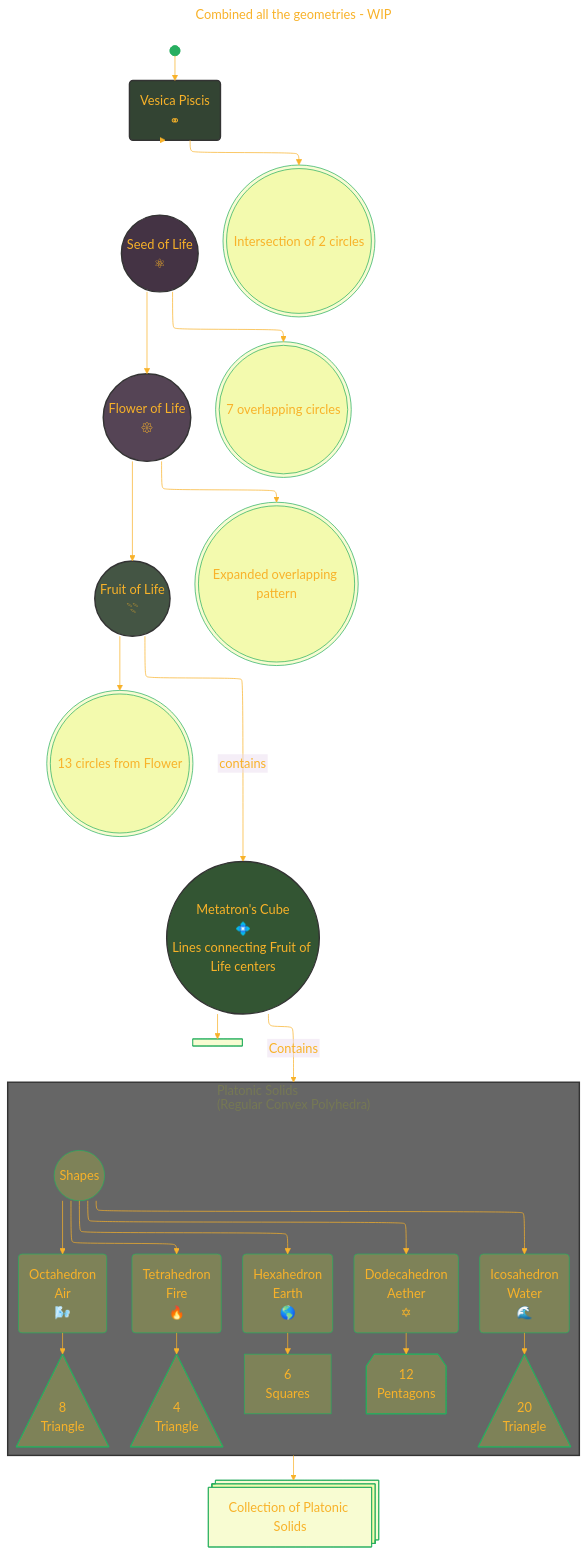
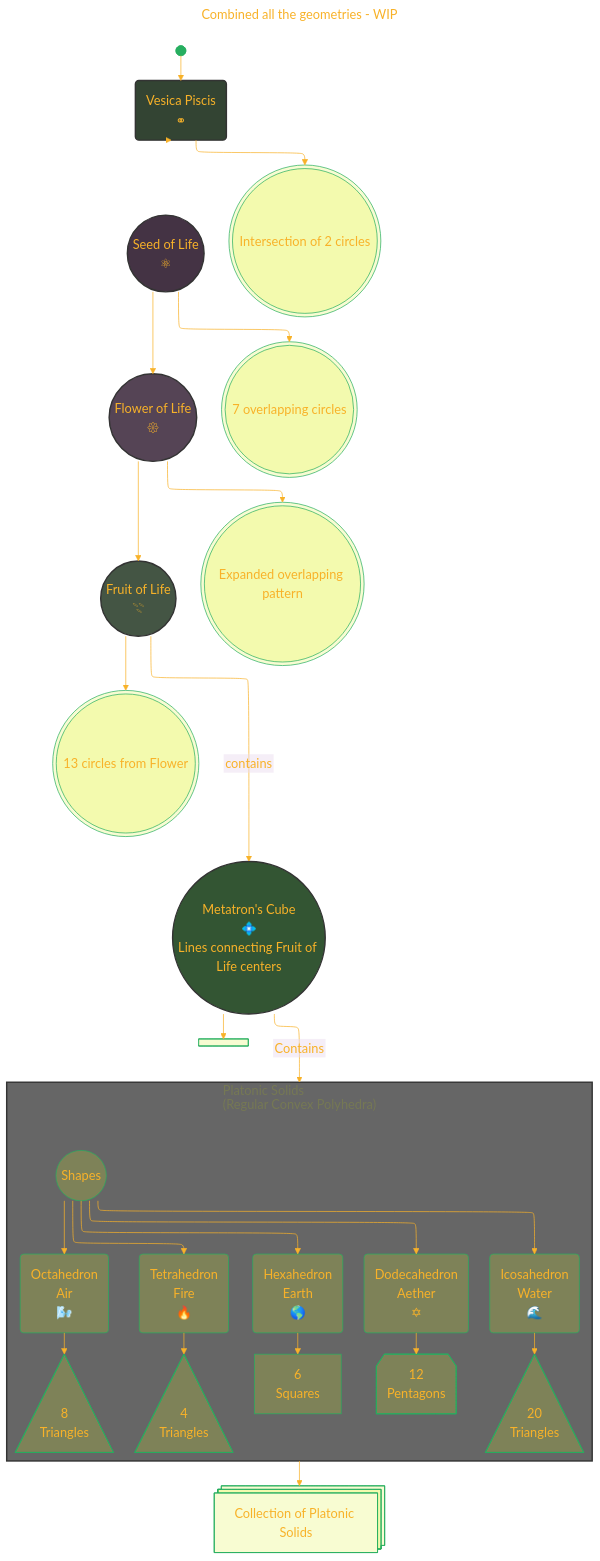
Before and after one commit to CongLeSolutionX/Harmonic_Atomica: the fifth of 6 diagrams in Understanding_Sacred_Geometry.md, drawn with Mermaid. The commit also changed other lines of this file, not shown here.

Commit message:
update notes

```diff
--- a/Understanding_Sacred_Geometry.md
+++ b/Understanding_Sacred_Geometry.md
@@ -415,7 +415,7 @@
     subgraph Platonic_Solids["Platonic Solids<br/>(Regular Convex Polyhedra)"]
         PS(("Shapes")) --> Tetrahedron("Tetrahedron <br/>Fire<br/>🔥")
         Tetrahedron --> Tetrahedron_Expansion
-        Tetrahedron_Expansion@{ shape: tri, label: "4<br/>Triangle" }
+        Tetrahedron_Expansion@{ shape: tri, label: "4<br/>Triangles" }
 
 
         PS --> Hexahedron("Hexahedron<br/>Earth<br/>🌎")
@@ -424,7 +424,7 @@
         
         PS --> Octahedron("Octahedron <br/> Air<br/>🌬️")
         Octahedron --> Octahedron_Expansion
-        Octahedron_Expansion@{ shape: tri, label: "8<br/>Triangle" }
+        Octahedron_Expansion@{ shape: tri, label: "8<br/>Triangles" }
         
         PS --> Dodecahedron("Dodecahedron<br/> Aether<br/>✡")
 		Dodecahedron --> Dodecahedron_Expansion
@@ -432,7 +432,7 @@
         
         PS --> Icosahedron("Icosahedron<br/> Water<br/>🌊")
 		Icosahedron --> Icosahedron_Expansion
-        Icosahedron_Expansion@{ shape: tri, label: "20<br/>Triangle" }
+        Icosahedron_Expansion@{ shape: tri, label: "20<br/>Triangles" }
         
     end
 
```
